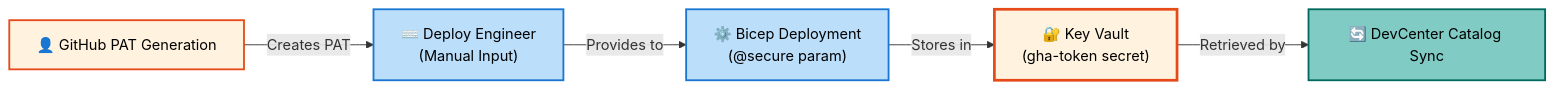
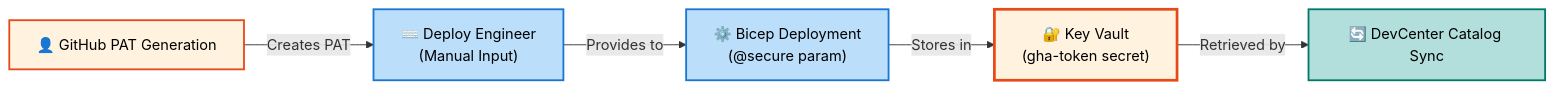
The third of 9 diagrams in docs/architecture/data-architecture.md (Evilazaro/DevExp-DevBox), drawn with Mermaid before and after one commit. The commit also changed other lines of this file, not shown here.

Commit message:
refactor: update color scheme documentation for data domains and flow stages

````diff
--- a/docs/architecture/data-architecture.md
+++ b/docs/architecture/data-architecture.md
@@ -1046,33 +1046,33 @@
 ```mermaid
 flowchart LR
     accTitle: GitHub Access Token Data Lineage
     accDescr: Shows the complete lifecycle of GitHub access token from creation in GitHub through storage in Key Vault to consumption by DevCenter services. Token is manually created by engineer, stored via Bicep deployment with secure parameters, and retrieved by DevCenter for catalog synchronization.
 
     %% ============================================
     %% STANDARD COLOR SCHEME v2.8.0 - Material Design Compliant
     %% ============================================
     %% SEMANTIC COLORS (data flow stages):
-    %%   Orange=#FFCC80 (Creation/Storage - Security)
+    %%   Orange=#FFE0B2 (Creation/Storage - Security)
     %%   Blue=#BBDEFB (Transformation/Deployment)
-    %%   Teal=#80CBC4 (Consumption/Usage)
-    %% Material Design palette with WCAG AA compliance
+    %%   Teal=#B2DFDB (Consumption/Usage)
+    %% Material Design 100-level palette with WCAG AA compliance
     %% ============================================
 
-    classDef mdOrange fill:#FFCC80,stroke:#E64A19,stroke-width:2px,color:#000
+    classDef mdOrange fill:#FFE0B2,stroke:#E64A19,stroke-width:2px,color:#000
     classDef mdBlue fill:#BBDEFB,stroke:#1976D2,stroke-width:2px,color:#000
-    classDef mdTeal fill:#80CBC4,stroke:#00695C,stroke-width:2px,color:#000
+    classDef mdTeal fill:#B2DFDB,stroke:#00796B,stroke-width:2px,color:#000
 
     GitHub["👤 GitHub PAT Generation"]:::mdOrange
     Engineer["⌨️ Deploy Engineer<br/>(Manual Input)"]:::mdBlue
     BicepDeploy["⚙️ Bicep Deployment<br/>(@secure param)"]:::mdBlue
     KV["🔐 Key Vault<br/>(gha-token secret)"]:::mdOrange
     CatalogSync["🔄 DevCenter Catalog Sync"]:::mdTeal
 
     GitHub -->|Creates PAT| Engineer
     Engineer -->|Provides to| BicepDeploy
     BicepDeploy -->|Stores in| KV
     KV -->|Retrieved by| CatalogSync
 
     style GitHub fill:#FFF3E0,stroke:#E64A19,stroke-width:2px
     style KV fill:#FFF3E0,stroke:#E64A19,stroke-width:3px
 ```
````
